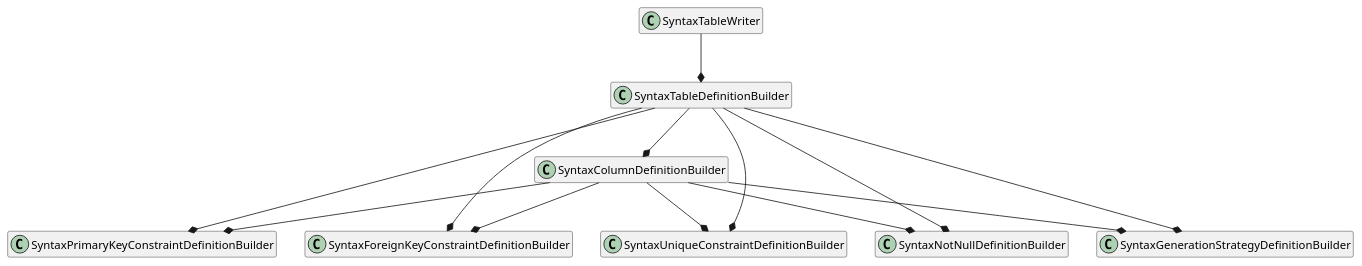
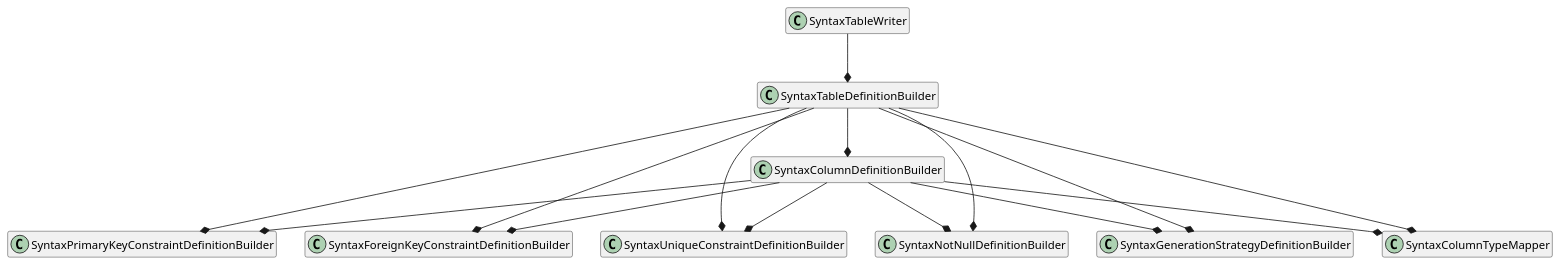
One commit to Uggah/Database-And-Application-Development changed the sixth of 6 diagrams in docs/architecture/README.md. Above: the diagram before and after it, drawn with PlantUML.

Commit message:
Update architecture documentation

````diff
--- a/docs/architecture/README.md
+++ b/docs/architecture/README.md
@@ -191,31 +191,34 @@
 ```plantuml
 @startuml
 hide empty fields
 hide empty methods
 
 class SyntaxTableWriter {}
 
 class SyntaxTableDefinitionBuilder {}  
 class SyntaxColumnDefinitionBuilder {}
 class SyntaxPrimaryKeyConstraintDefinitionBuilder {}
 class SyntaxForeignKeyConstraintDefinitionBuilder {}
 class SyntaxUniqueConstraintDefinitionBuilder {}
 class SyntaxNotNullDefinitionBuilder {}
 class SyntaxGenerationStrategyDefinitionBuilder {}
+class SyntaxColumnTypeMapper {}
 
 SyntaxTableDefinitionBuilder --* SyntaxColumnDefinitionBuilder
 SyntaxTableDefinitionBuilder --* SyntaxPrimaryKeyConstraintDefinitionBuilder
 SyntaxTableDefinitionBuilder --* SyntaxForeignKeyConstraintDefinitionBuilder
 SyntaxTableDefinitionBuilder --* SyntaxUniqueConstraintDefinitionBuilder
 SyntaxTableDefinitionBuilder --* SyntaxNotNullDefinitionBuilder
 SyntaxTableDefinitionBuilder --* SyntaxGenerationStrategyDefinitionBuilder
+SyntaxTableDefinitionBuilder --* SyntaxColumnTypeMapper
 
 SyntaxColumnDefinitionBuilder --* SyntaxPrimaryKeyConstraintDefinitionBuilder
 SyntaxColumnDefinitionBuilder --* SyntaxForeignKeyConstraintDefinitionBuilder
 SyntaxColumnDefinitionBuilder --* SyntaxUniqueConstraintDefinitionBuilder
 SyntaxColumnDefinitionBuilder --* SyntaxNotNullDefinitionBuilder
 SyntaxColumnDefinitionBuilder --* SyntaxGenerationStrategyDefinitionBuilder
+SyntaxColumnDefinitionBuilder --* SyntaxColumnTypeMapper
 
 SyntaxTableWriter --* SyntaxTableDefinitionBuilder
 @enduml
 ```
````
